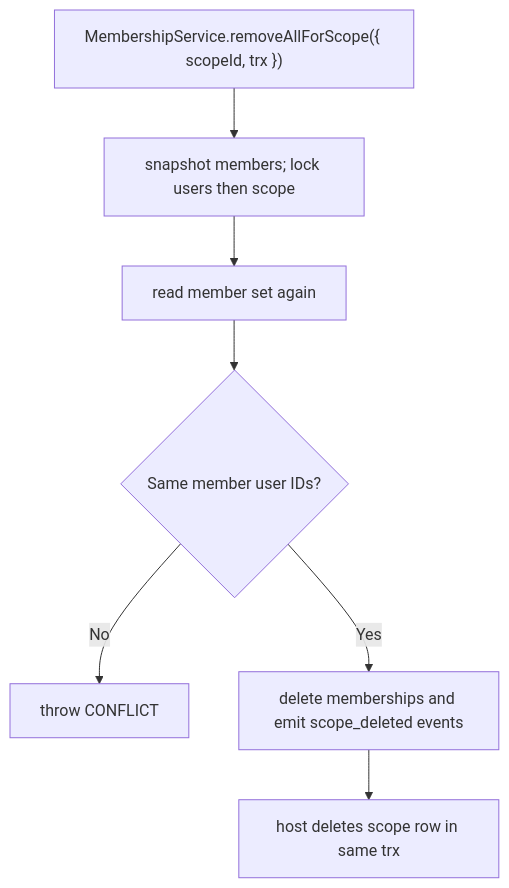
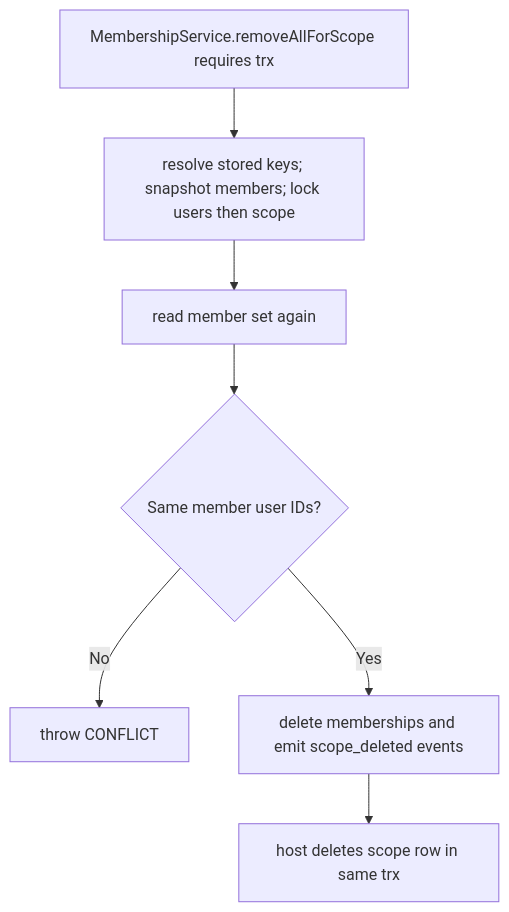
One commit to Kevinjohn/oss-adonisjs-access-control changed the second of 2 diagrams in user-stories/US-ACCESS-25-delete-scope-memberships.md. Above: the diagram before and after it, drawn with Mermaid. The commit also changed 31 other files, not shown here.

````diff
--- a/user-stories/US-ACCESS-25-delete-scope-memberships.md
+++ b/user-stories/US-ACCESS-25-delete-scope-memberships.md
@@ -33,9 +33,9 @@
 ```mermaid
 flowchart TD
-    A["MembershipService.removeAllForScope({ scopeId, trx })"] --> B["snapshot members; lock users then scope"]
+    A["MembershipService.removeAllForScope requires trx"] --> B["resolve stored keys; snapshot members; lock users then scope"]
     B --> C["read member set again"]
     C --> D{"Same member user IDs?"}
     D -->|No| E["throw CONFLICT"]
     D -->|Yes| F["delete memberships and emit scope_deleted events"]
     F --> G["host deletes scope row in same trx"]
 ```
````
